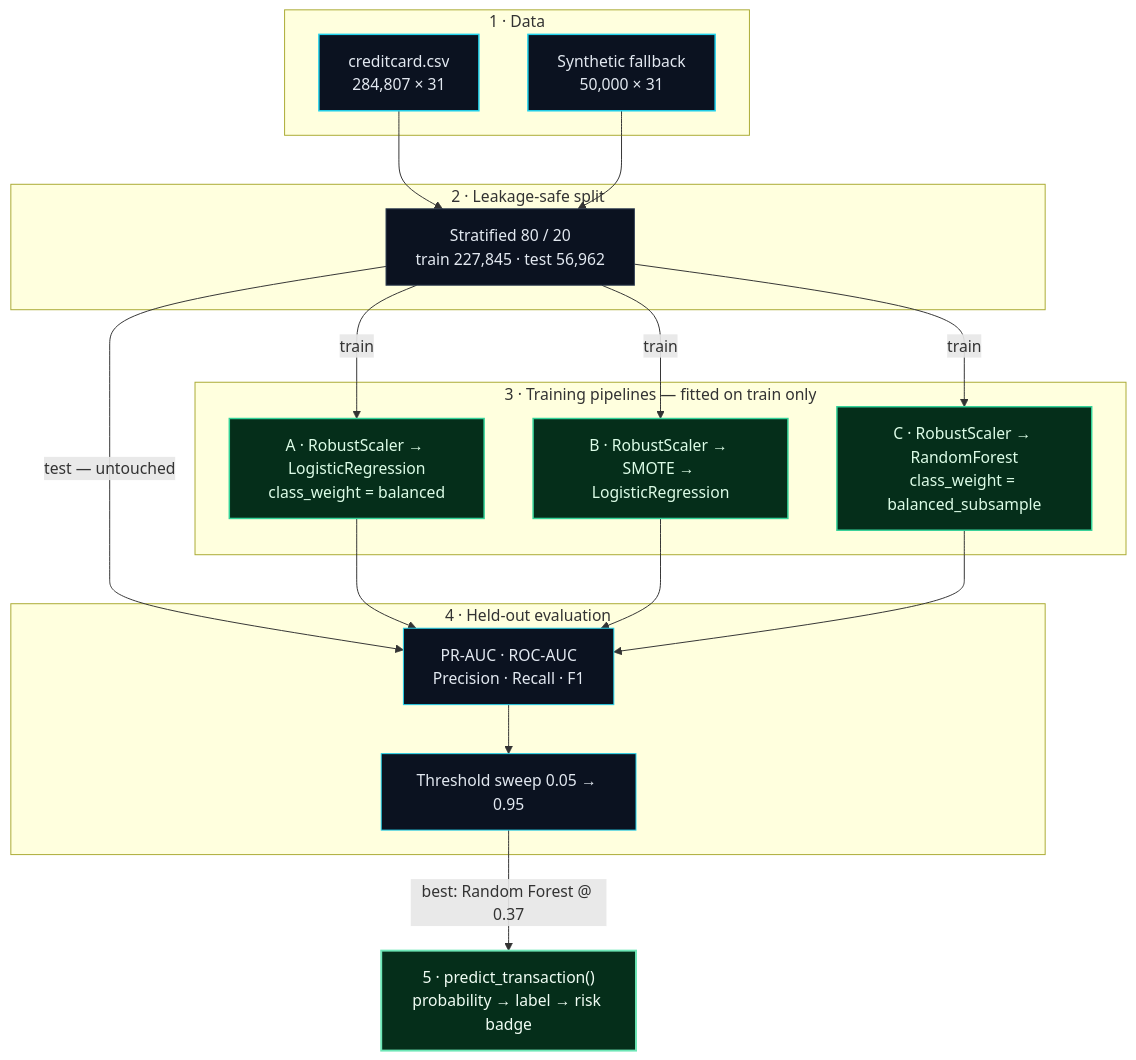
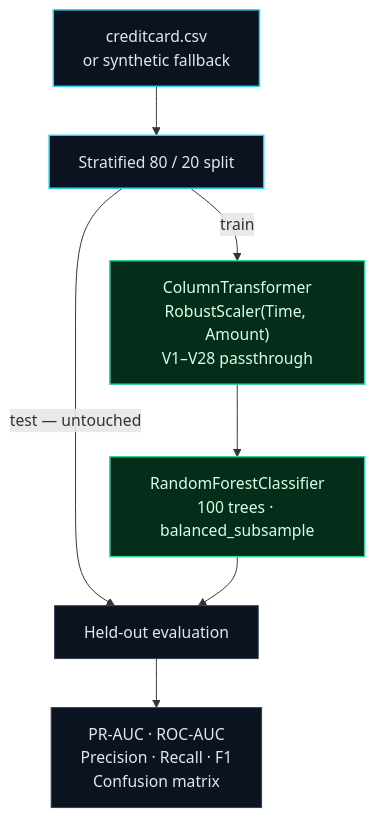
The diagram in README.md (aryanmendpara/credit-card-fraud-detection), drawn with Mermaid before and after one commit. The commit also changed other lines of this file and 10 other files, not shown here.

Commit message:
Simplify to preprocessing and the selected Random Forest

````diff
--- a/README.md
+++ b/README.md
@@ -72,48 +41,17 @@
 ```mermaid
 flowchart TD
-    subgraph DATA["1 · Data"]
-        A["creditcard.csv<br/>284,807 × 31"]
-        A2["Synthetic fallback<br/>50,000 × 31"]
-    end
-
-    subgraph SPLIT["2 · Leakage-safe split"]
-        B["Stratified 80 / 20<br/>train 227,845 · test 56,962"]
-    end
-
-    subgraph MODELS["3 · Training pipelines — fitted on train only"]
-        C1["A · RobustScaler → LogisticRegression<br/>class_weight = balanced"]
-        C2["B · RobustScaler → SMOTE → LogisticRegression"]
-        C3["C · RobustScaler → RandomForest<br/>class_weight = balanced_subsample"]
-    end
-
-    subgraph EVAL["4 · Held-out evaluation"]
-        D["PR-AUC · ROC-AUC<br/>Precision · Recall · F1"]
-        E["Threshold sweep 0.05 → 0.95"]
-    end
-
-    F["5 · predict_transaction()<br/>probability → label → risk badge"]
-
-    A --> B
-    A2 --> B
-    B -->|"train"| C1
-    B -->|"train"| C2
-    B -->|"train"| C3
-    B -->|"test — untouched"| D
-    C1 --> D
-    C2 --> D
-    C3 --> D
+    A["creditcard.csv<br/>or synthetic fallback"] --> B["Stratified 80 / 20 split"]
+    B -->|"train"| C["ColumnTransformer<br/>RobustScaler(Time, Amount)<br/>V1–V28 passthrough"]
+    C --> D["RandomForestClassifier<br/>100 trees · balanced_subsample"]
+    B -->|"test — untouched"| E["Held-out evaluation"]
     D --> E
-    E -->|"best: Random Forest @ 0.37"| F
+    E --> F["PR-AUC · ROC-AUC<br/>Precision · Recall · F1<br/>Confusion matrix"]
 
     classDef data fill:#0b1220,stroke:#22d3ee,color:#e2e8f0,stroke-width:1.5px
-    classDef split fill:#0b1220,stroke:#334155,color:#e2e8f0
     classDef model fill:#052e1a,stroke:#34d399,color:#dcfce7,stroke-width:1.5px
-    classDef eval fill:#0b1220,stroke:#22d3ee,color:#e2e8f0
-    classDef serve fill:#052e1a,stroke:#6ee7b7,color:#f0fdf4,stroke-width:2px
+    classDef eval fill:#0b1220,stroke:#334155,color:#e2e8f0
 
-    class A,A2 data
-    class B split
-    class C1,C2,C3 model
-    class D,E eval
-    class F serve
+    class A,B data
+    class C,D model
+    class E,F eval
 ```
````
